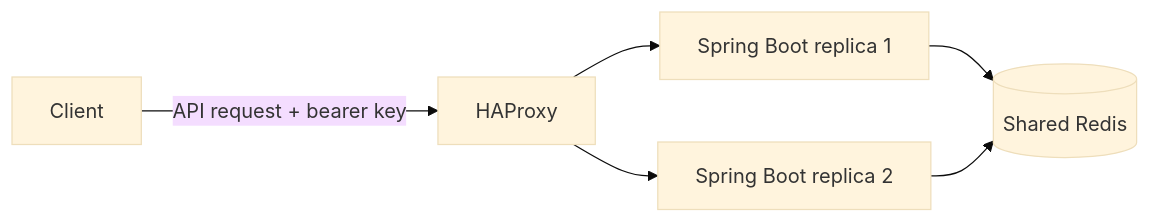
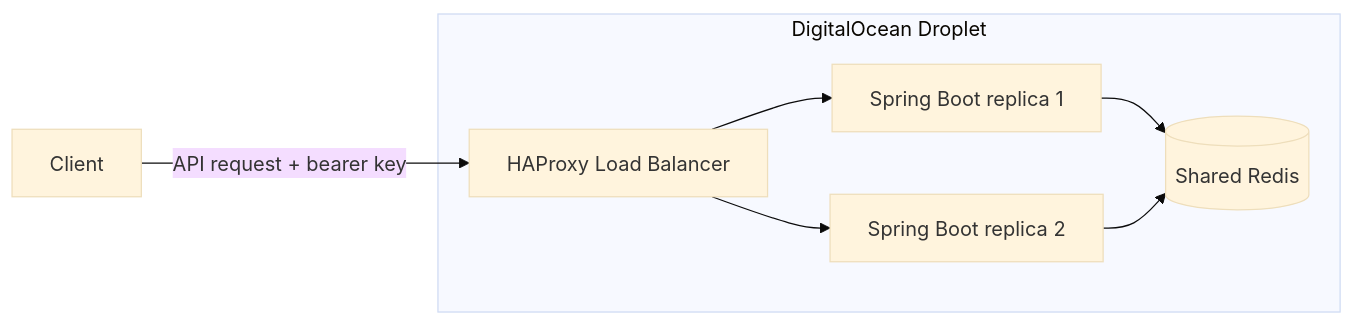
The first of 2 diagrams in README.md (subahshaam/do-rate-limiter), drawn with Mermaid (base theme) before and after one commit. The commit also changed other lines of this file, not shown here.

Commit message:
Clarify HLD load balancer topology
Show HAProxy as the load balancer and group the app replicas and Redis within the Droplet.

````diff
--- a/README.md
+++ b/README.md
@@ -14,8 +14,11 @@
 ```mermaid
 flowchart LR
-  Client -->|API request + bearer key| HAProxy
-  HAProxy --> App1[Spring Boot replica 1]
-  HAProxy --> App2[Spring Boot replica 2]
-  App1 --> Redis[(Shared Redis)]
-  App2 --> Redis
+  Client -->|API request + bearer key| LB[HAProxy Load Balancer]
+
+  subgraph Droplet[DigitalOcean Droplet]
+    LB --> App1[Spring Boot replica 1]
+    LB --> App2[Spring Boot replica 2]
+    App1 --> Redis[(Shared Redis)]
+    App2 --> Redis
+  end
 ```
````
